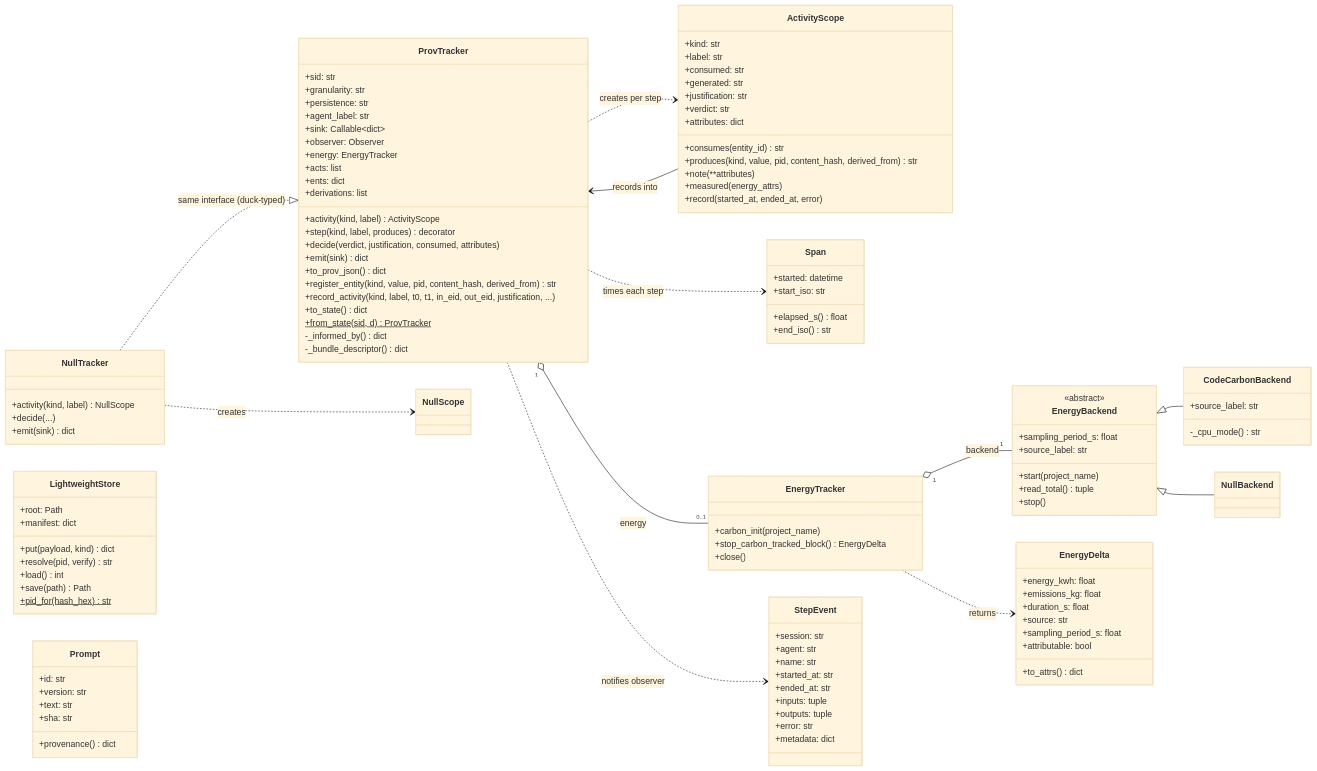
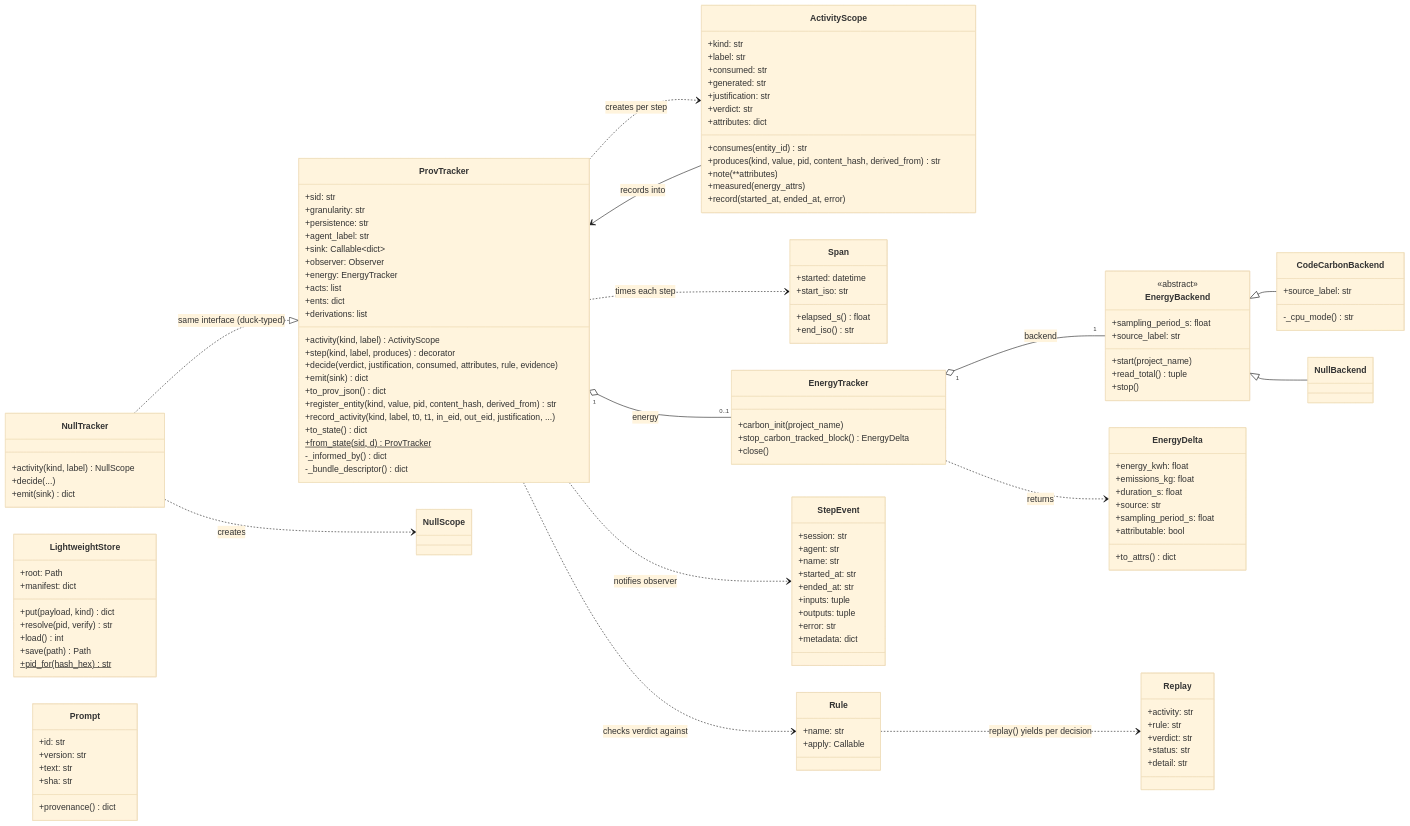
Before and after one commit to munyaradzi-zhou/yprov4agents-demonstrator: the first of 7 diagrams in docs/SYSTEM_LAYOUT.md, drawn with Mermaid (base theme). The commit also changed other lines of this file and 15 other files, not shown here.

````diff
--- a/docs/SYSTEM_LAYOUT.md
+++ b/docs/SYSTEM_LAYOUT.md
@@ -1393,7 +1527,7 @@
         +derivations: list
         +activity(kind, label) ActivityScope
         +step(kind, label, produces) decorator
-        +decide(verdict, justification, consumed, attributes)
+        +decide(verdict, justification, consumed, attributes, rule, evidence)
         +emit(sink) dict
         +to_prov_json() dict
         +register_entity(kind, value, pid, content_hash, derived_from) str
@@ -1491,6 +1625,18 @@
         +provenance() dict
     }
 
+    class Rule {
+        +name: str
+        +apply: Callable
+    }
+    class Replay {
+        +activity: str
+        +rule: str
+        +verdict: str
+        +status: str
+        +detail: str
+    }
+
     ProvTracker "1" o-- "0..1" EnergyTracker : energy
     ProvTracker ..> ActivityScope : creates per step
     ProvTracker ..> Span : times each step
@@ -1502,4 +1648,6 @@
     EnergyTracker ..> EnergyDelta : returns
     NullTracker ..> NullScope : creates
     NullTracker ..|> ProvTracker : same interface (duck-typed)
+    ProvTracker ..> Rule : checks verdict against
+    Rule ..> Replay : replay() yields per decision
 ```
````
